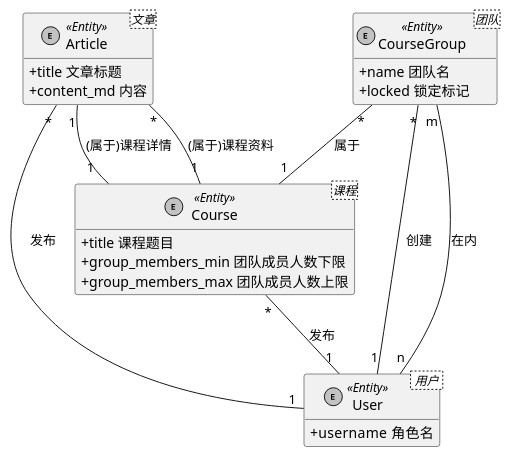
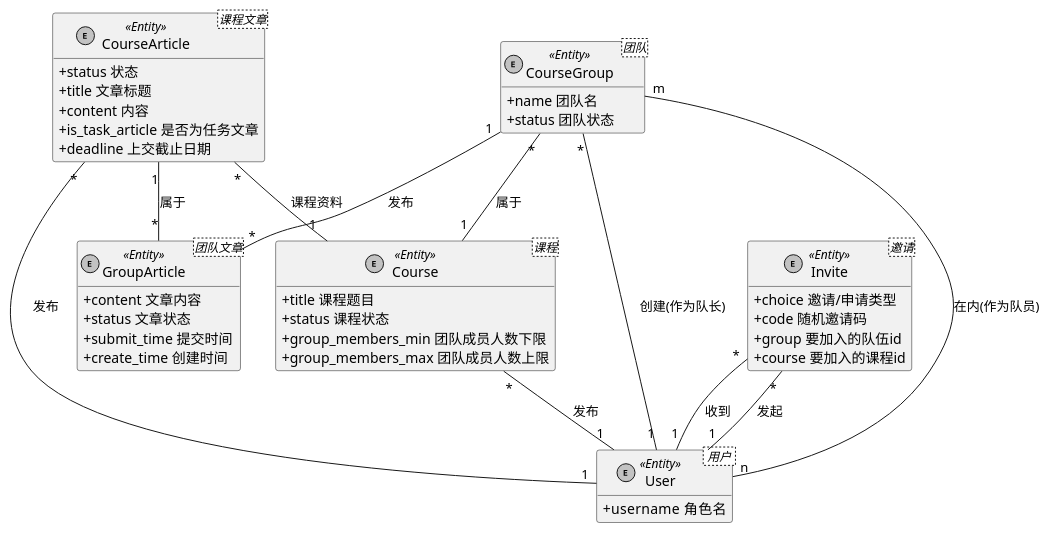
One commit to bllli/ReverseCourse changed the diagram in Docs/ER.puml. Above: the diagram before and after it, drawn with PlantUML. The commit also changed 10 other files, not shown here.

Commit message:
+ 更新readme - 更新代码 优雅一点 + requirements + 图(其实GitHub是个图床)

```diff
--- a/Docs/ER.puml
+++ b/Docs/ER.puml
@@ -1,40 +1,63 @@
 @startuml
 'style options
 skinparam monochrome true
 skinparam circledCharacterRadius 9
 skinparam circledCharacterFontSize 8
 skinparam classAttributeIconSize 0
 hide empty members
 
 entity User < 用户 > << Entity >>{
     + username  角色名
 }
 
 
 entity Course <课程> << Entity >>{
     + title 课程题目
+    + status 课程状态
     + group_members_min 团队成员人数下限
     + group_members_max 团队成员人数上限
 }
 
 Course "*" -- "1" User: 发布
 
-entity Article <文章> << Entity >>{
+entity CourseArticle <课程文章> << Entity >>{
+    + status 状态
     + title 文章标题
-    + content_md 内容
+    + content 内容
+    + is_task_article 是否为任务文章
+    + deadline 上交截止日期
 }
 
-Article "1" -- "1" Course: (属于)课程详情
-Article "*" -- "1" Course: (属于)课程资料
-Article "*" -- "1" User: 发布
+CourseArticle "*" -- "1" Course: 课程资料
+CourseArticle "*" -- "1" User: 发布
 
 entity CourseGroup <团队> << Entity >>{
     + name 团队名
-    + locked 锁定标记
+    + status 团队状态
 }
 
-CourseGroup "*" -- "1" User: 创建
-CourseGroup "m" -- "n" User: 在内
+CourseGroup "*" -- "1" User: 创建(作为队长)
+CourseGroup "m" -- "n" User: 在内(作为队员)
 CourseGroup "*" -- "1" Course: 属于
 
+entity GroupArticle <团队文章> << Entity >>{
+    + content 文章内容
+    + status 文章状态
+    + submit_time 提交时间
+    + create_time 创建时间
+}
+
+CourseGroup "1" -- "*" GroupArticle: 发布
+CourseArticle "1" -- "*" GroupArticle: 属于
+
+entity Invite <邀请> << Entity >>{
+    + choice 邀请/申请类型
+    + code 随机邀请码
+    + group 要加入的队伍id
+    + course 要加入的课程id
+}
+
+Invite "*" -- "1" User: 发起
+Invite "*" -- "1" User: 收到
+
 @enduml
```
